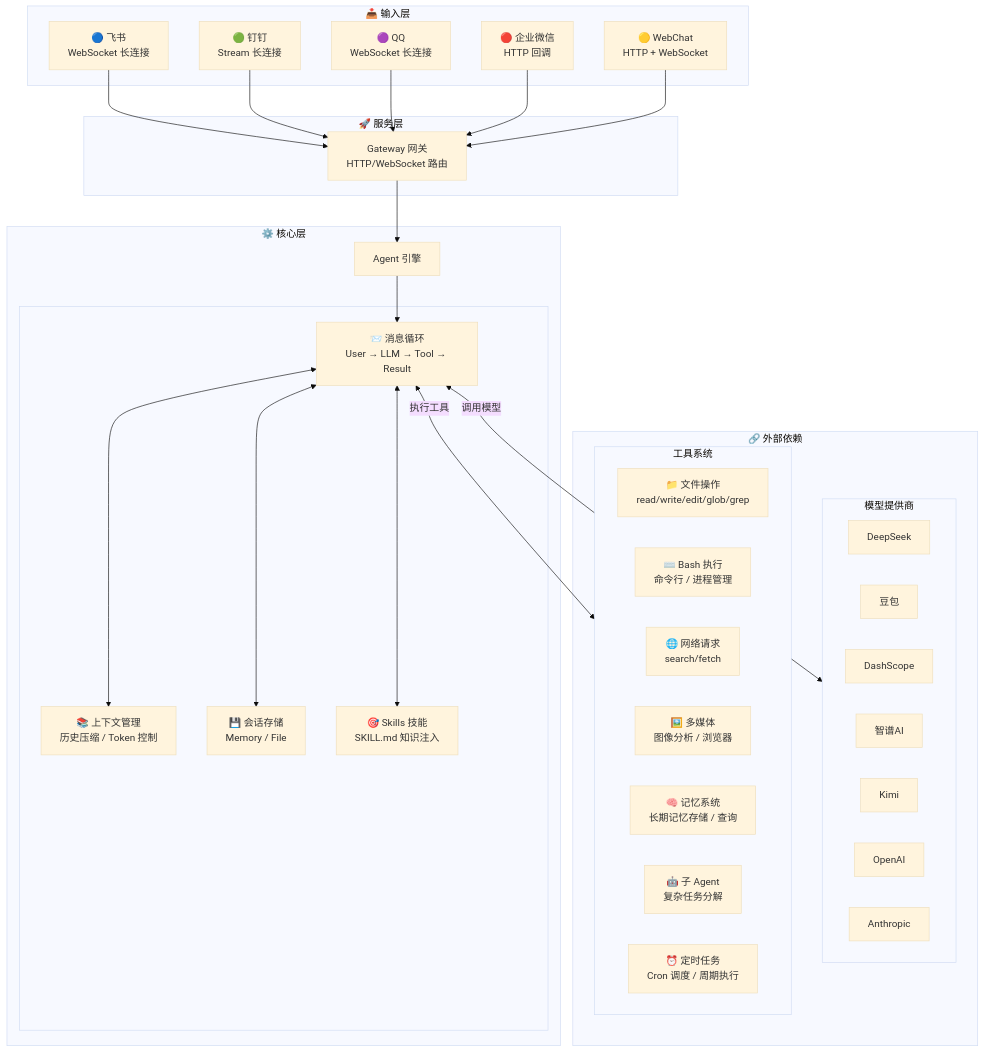
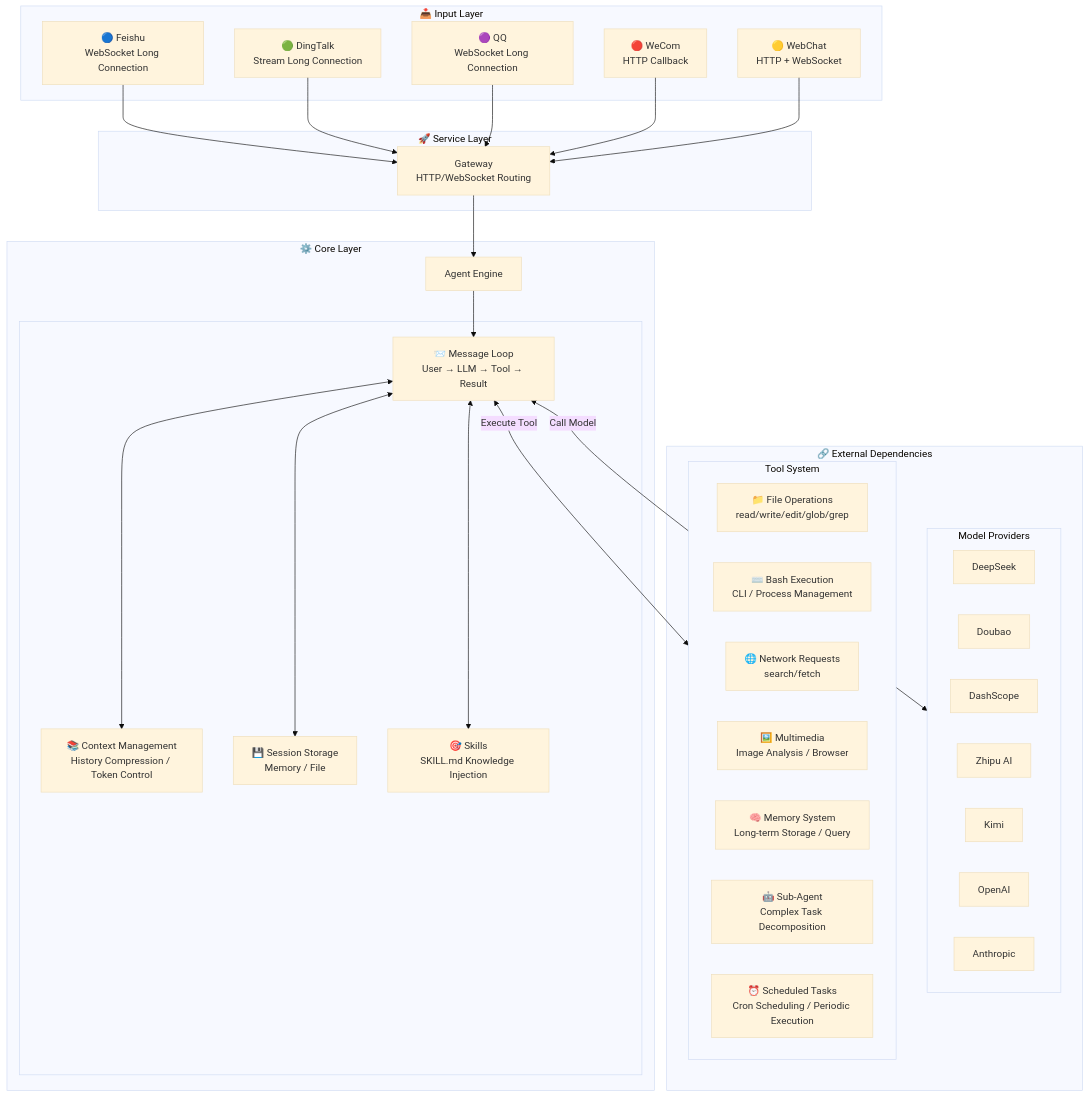
Before and after one commit to King-Chau/mozi: the first of 2 diagrams in README.md, drawn with Mermaid (base theme). The commit also changed other lines of this file and 2 other files, not shown here.

````diff
--- a/README.md
+++ b/README.md
@@ -667,60 +651,60 @@
 ```mermaid
 flowchart TB
-    subgraph Input["📥 输入层"]
-        Feishu["🔵 飞书\nWebSocket 长连接"]
-        Dingtalk["🟢 钉钉\nStream 长连接"]
-        QQ["🟣 QQ\nWebSocket 长连接"]
-        WeCom["🔴 企业微信\nHTTP 回调"]
+    subgraph Input["📥 Input Layer"]
+        Feishu["🔵 Feishu\nWebSocket Long Connection"]
+        Dingtalk["🟢 DingTalk\nStream Long Connection"]
+        QQ["🟣 QQ\nWebSocket Long Connection"]
+        WeCom["🔴 WeCom\nHTTP Callback"]
         WebChat["🟡 WebChat\nHTTP + WebSocket"]
     end
 
-    subgraph Server["🚀 服务层"]
-        Gateway["Gateway 网关\nHTTP/WebSocket 路由"]
+    subgraph Server["🚀 Service Layer"]
+        Gateway["Gateway\nHTTP/WebSocket Routing"]
     end
 
-    subgraph Core["⚙️ 核心层"]
-        Agent["Agent 引擎"]
+    subgraph Core["⚙️ Core Layer"]
+        Agent["Agent Engine"]
 
         subgraph AgentInner[" "]
-            MsgLoop["📨 消息循环\nUser → LLM → Tool → Result"]
-            CtxMgr["📚 上下文管理\n历史压缩 / Token 控制"]
-            Session["💾 会话存储\nMemory / File"]
-            Skills["🎯 Skills 技能\nSKILL.md 知识注入"]
+            MsgLoop["📨 Message Loop\nUser → LLM → Tool → Result"]
+            CtxMgr["📚 Context Management\nHistory Compression / Token Control"]
+            Session["💾 Session Storage\nMemory / File"]
+            Skills["🎯 Skills\nSKILL.md Knowledge Injection"]
         end
     end
 
-    subgraph External["🔗 外部依赖"]
-        subgraph Providers["模型提供商"]
+    subgraph External["🔗 External Dependencies"]
+        subgraph Providers["Model Providers"]
             P1["DeepSeek"]
-            P2["豆包"]
+            P2["Doubao"]
             P3["DashScope"]
-            P4["智谱AI"]
+            P4["Zhipu AI"]
             P5["Kimi"]
             P6["OpenAI"]
             P7["Anthropic"]
         end
 
-        subgraph Tools["工具系统"]
-            T1["📁 文件操作\nread/write/edit/glob/grep"]
-            T2["⌨️ Bash 执行\n命令行 / 进程管理"]
-            T3["🌐 网络请求\nsearch/fetch"]
-            T4["🖼️ 多媒体\n图像分析 / 浏览器"]
-            T5["🧠 记忆系统\n长期记忆存储 / 查询"]
-            T6["🤖 子 Agent\n复杂任务分解"]
-            T7["⏰ 定时任务\nCron 调度 / 周期执行"]
+        subgraph Tools["Tool System"]
+            T1["📁 File Operations\nread/write/edit/glob/grep"]
+            T2["⌨️ Bash Execution\nCLI / Process Management"]
+            T3["🌐 Network Requests\nsearch/fetch"]
+            T4["🖼️ Multimedia\nImage Analysis / Browser"]
+            T5["🧠 Memory System\nLong-term Storage / Query"]
+            T6["🤖 Sub-Agent\nComplex Task Decomposition"]
+            T7["⏰ Scheduled Tasks\nCron Scheduling / Periodic Execution"]
         end
     end
 
     Feishu --> Gateway
     Dingtalk --> Gateway
     QQ --> Gateway
     WeCom --> Gateway
     WebChat --> Gateway
     Gateway --> Agent
     Agent --> MsgLoop
     MsgLoop <--> CtxMgr
     MsgLoop <--> Session
     MsgLoop <--> Skills
-    MsgLoop <-->|"调用模型"| Providers
-    MsgLoop <-->|"执行工具"| Tools
+    MsgLoop <-->|"Call Model"| Providers
+    MsgLoop <-->|"Execute Tool"| Tools
 ```
````
